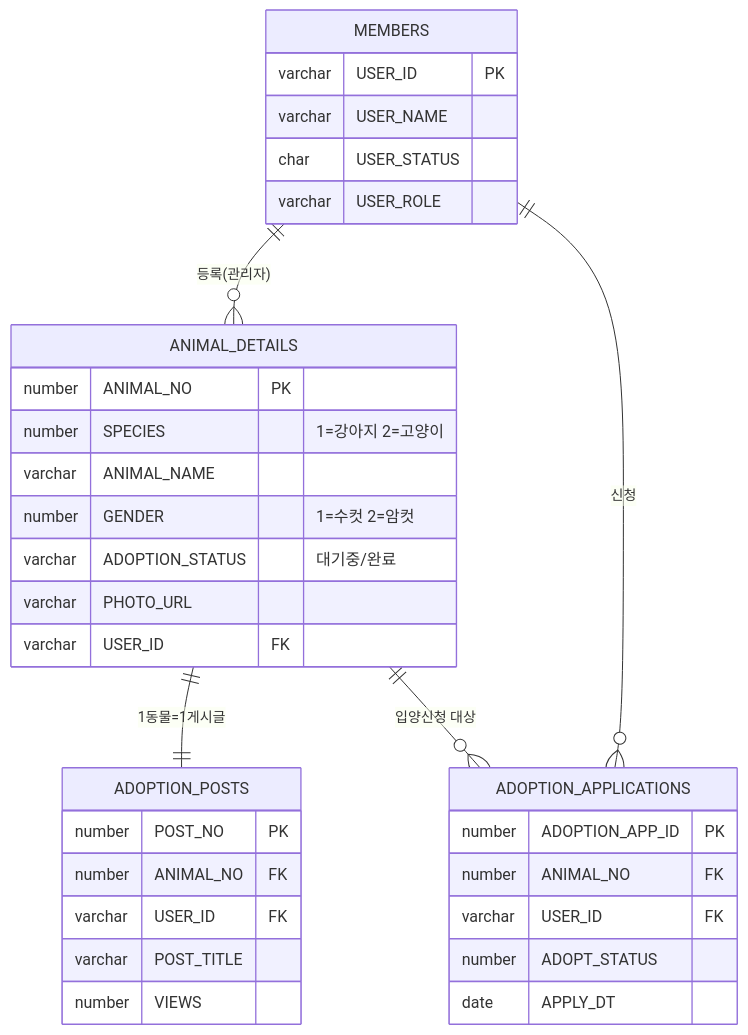
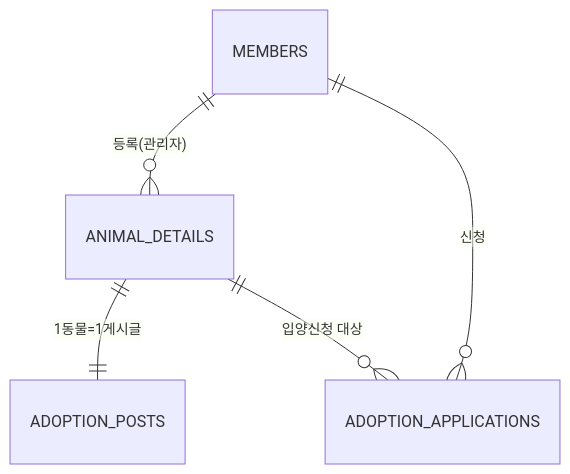
Before and after one commit to KJH-Portfolio/202511-stray-dog-volunteer: the second of 5 diagrams in erd.md, drawn with Mermaid. The commit also changed other lines of this file and 3 other files, not shown here.

````diff
--- a/erd.md
+++ b/erd.md
@@ -460,37 +230,7 @@
 ```mermaid
 erDiagram
-    MEMBERS {
-        varchar USER_ID PK
-        varchar USER_NAME
-        char    USER_STATUS
-        varchar USER_ROLE
-    }
-    ANIMAL_DETAILS {
-        number  ANIMAL_NO PK
-        number  SPECIES "1=강아지 2=고양이"
-        varchar ANIMAL_NAME
-        number  GENDER "1=수컷 2=암컷"
-        varchar ADOPTION_STATUS "대기중/완료"
-        varchar PHOTO_URL
-        varchar USER_ID FK
-    }
-    ADOPTION_POSTS {
-        number  POST_NO PK
-        number  ANIMAL_NO FK
-        varchar USER_ID FK
-        varchar POST_TITLE
-        number  VIEWS
-    }
-    ADOPTION_APPLICATIONS {
-        number  ADOPTION_APP_ID PK
-        number  ANIMAL_NO FK
-        varchar USER_ID FK
-        number  ADOPT_STATUS
-        date    APPLY_DT
-    }
-
     MEMBERS ||--o{ ANIMAL_DETAILS : "등록(관리자)"
     ANIMAL_DETAILS ||--|| ADOPTION_POSTS : "1동물=1게시글"
     ANIMAL_DETAILS ||--o{ ADOPTION_APPLICATIONS : "입양신청 대상"
     MEMBERS ||--o{ ADOPTION_APPLICATIONS : "신청"
 ```
````
